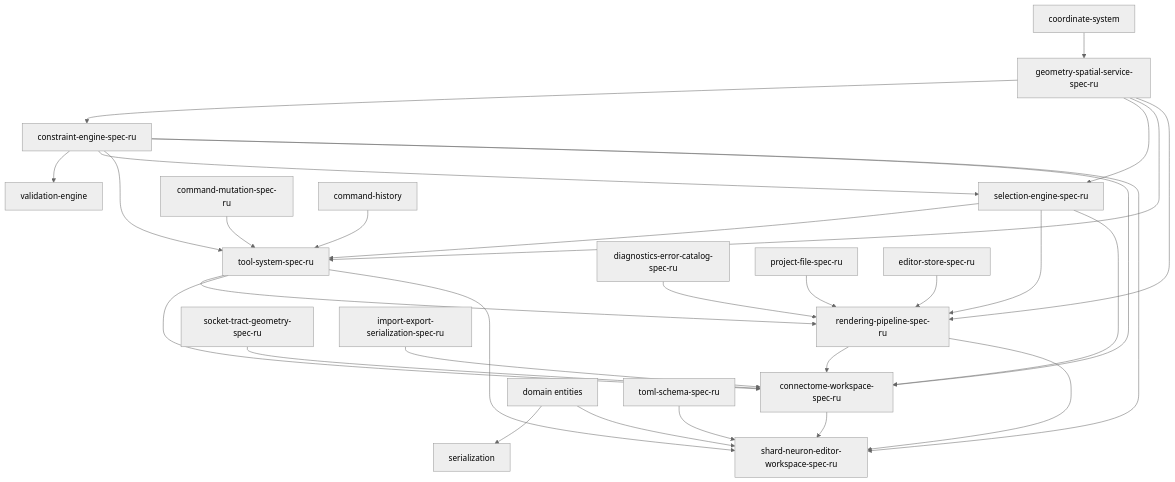
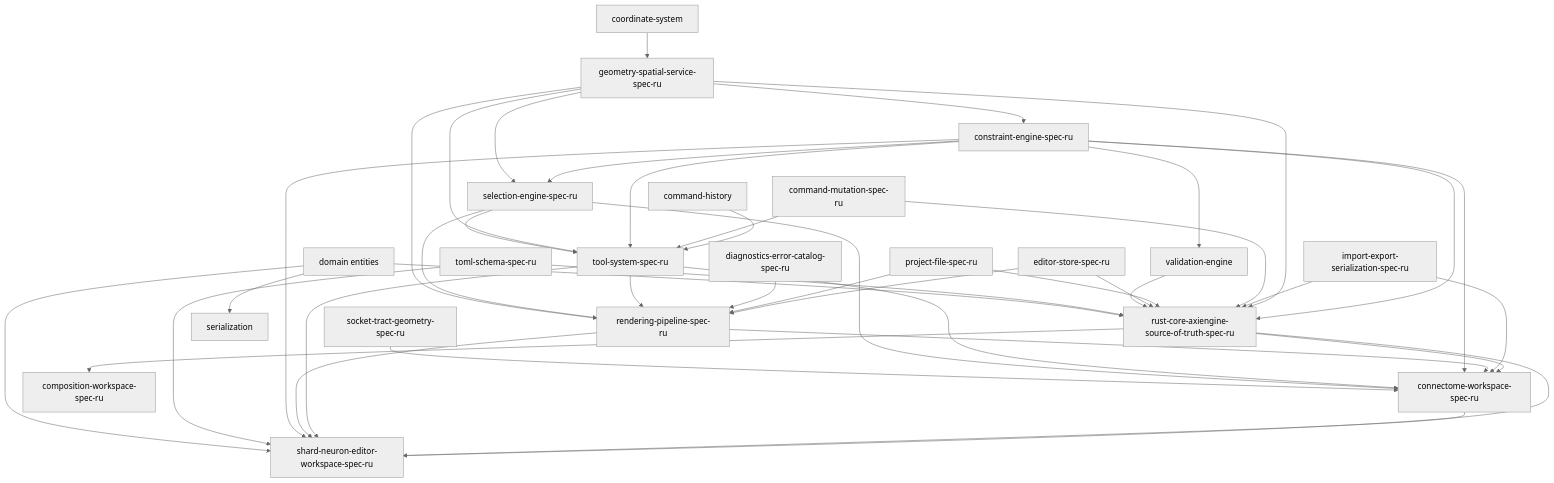
The diagram in AxiCAD/docs/INDEX.md (H4V1K-dev/axicor_enterprise), drawn with Mermaid (neutral theme) before and after one commit. The commit also changed other lines of this file and 2 other files, not shown here.

Commit message:
docs: add Russian source-of-truth specification and project documentation index

````diff
--- a/AxiCAD/docs/INDEX.md
+++ b/AxiCAD/docs/INDEX.md
@@ -120,32 +117,44 @@
 ```mermaid
 graph TD
     CS[coordinate-system] --> GSS[geometry-spatial-service-spec-ru]
     GSS --> CE[constraint-engine-spec-ru]
     CE --> VE[validation-engine]
     GSS --> SE[selection-engine-spec-ru]
     CE --> SE
     SE --> TS[tool-system-spec-ru]
     GSS --> TS
     CE --> TS
     CM[command-mutation-spec-ru] --> TS
     CH[command-history] --> TS
     GSS --> RP[rendering-pipeline-spec-ru]
     SE --> RP
     TS --> RP
     DEC[diagnostics-error-catalog-spec-ru] --> RP
     PF[project-file-spec-ru] --> RP
     ES[editor-store-spec-ru] --> RP
     STG[socket-tract-geometry-spec-ru] --> CW[connectome-workspace-spec-ru]
     SE --> CW
     TS --> CW
     CE --> CW
     RP --> CW
     IES[import-export-serialization-spec-ru] --> CW
     DOM[domain entities] --> SER[serialization]
     DOM --> SNE[shard-neuron-editor-workspace-spec-ru]
     TSS[toml-schema-spec-ru] --> SNE
     CE --> SNE
     RP --> SNE
     TS --> SNE
     CW --> SNE
+    DOM --> AES[rust-core-axiengine-source-of-truth-spec-ru]
+    TSS --> AES
+    VE --> AES
+    ES --> AES
+    PF --> AES
+    CM --> AES
+    IES --> AES
+    GSS --> AES
+    CE --> AES
+    AES --> COMP[composition-workspace-spec-ru]
+    AES --> CW
+    AES --> SNE
 ```
````
